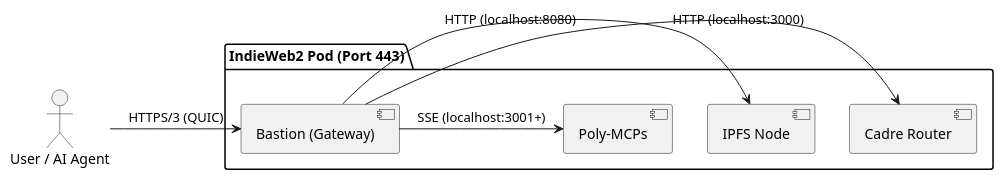
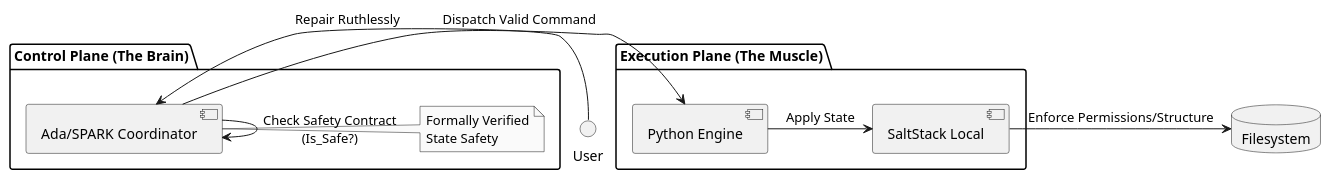
One commit to hyperpolymath/robot-repo-bot changed the diagram in README.adoc. Above: the diagram before and after it, drawn with PlantUML. The commit also changed other lines of this file, not shown here.

```diff
--- a/README.adoc
+++ b/README.adoc
@@ -22,19 +22,21 @@
-[plantuml, architecture, png]
+[plantuml, robot_arch, png]
 ....
 @startuml
 skinparam monochrome true
+package "Control Plane (The Brain)" {
+  [Ada/SPARK Coordinator] as Ada
+  note right: Formally Verified\nState Safety
+}
+package "Execution Plane (The Muscle)" {
+  [Python Engine] as Python
+  [SaltStack Local] as Salt
+}
+database "Filesystem" as FS
 
-actor "User / AI Agent" as User
-package "IndieWeb2 Pod (Port 443)" {
-  component "Bastion (Gateway)" as Bastion
-  component "Cadre Router" as Router
-  component "IPFS Node" as IPFS
-  component "Poly-MCPs" as MCPs
-}
-
-User -> Bastion : HTTPS/3 (QUIC)
-Bastion -> Router : HTTP (localhost:3000)
-Bastion -> IPFS : HTTP (localhost:8080)
-Bastion -> MCPs : SSE (localhost:3001+)
+User -> Ada : "Repair Ruthlessly"
+Ada -> Ada : Check Safety Contract\n(Is_Safe?)
+Ada -> Python : Dispatch Valid Command
+Python -> Salt : Apply State
+Salt -> FS : Enforce Permissions/Structure
 @enduml
 ....
```
